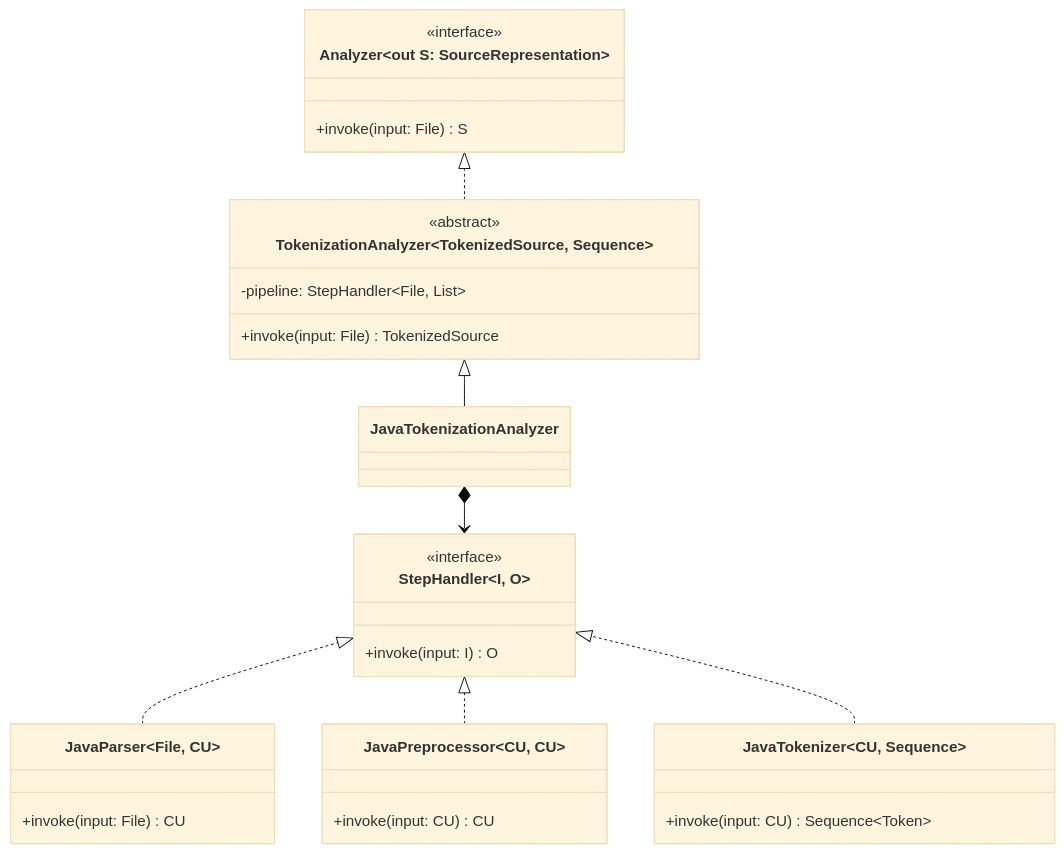
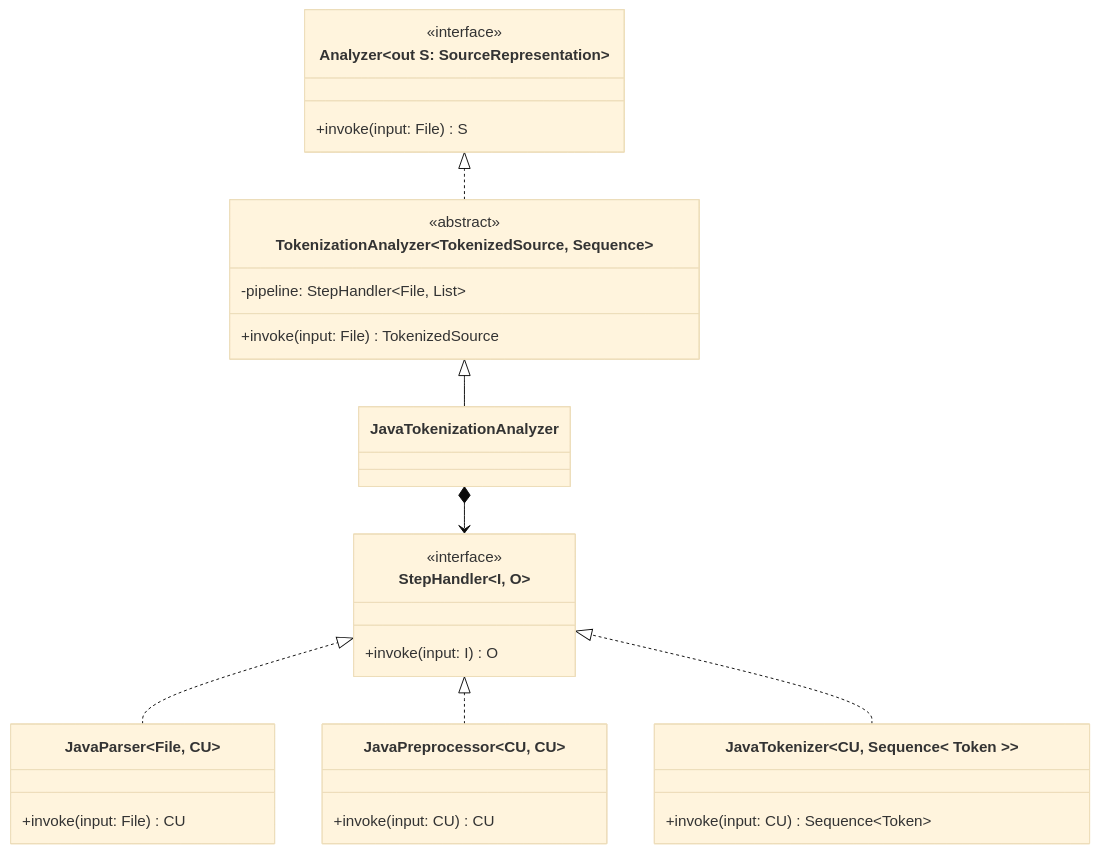
Before and after one commit to tassiLuca/bachelor-thesis: the diagram in resources/schemas/02-analyzer.mmd, drawn with Mermaid (base theme). The commit also changed 4 other files, not shown here.

```diff
--- a/resources/schemas/02-analyzer.mmd
+++ b/resources/schemas/02-analyzer.mmd
@@ -1,36 +1,36 @@
 classDiagram
 direction BT
     class Analyzer~out S: SourceRepresentation<T>~ {
         <<interface>>
         +invoke(input: File) S
     }
 
     class TokenizationAnalyzer~TokenizedSource, Sequence<Token>~ {
         <<abstract>>
         -pipeline: StepHandler~File, List<Token>~
         +invoke(input: File) TokenizedSource
     }
     TokenizationAnalyzer ..|> Analyzer
 
     class StepHandler~I, O~ {
         <<interface>>
         +invoke(input: I) O
     }
 
     class JavaParser~File, CU~ {
         +invoke(input: File) CU
     }
     JavaParser ..|> StepHandler
 
     class JavaPreprocessor~CU, CU~ {
         +invoke(input: CU) CU
     }
     JavaPreprocessor ..|> StepHandler
 
-    class JavaTokenizer~CU, Sequence<Token>~ {
+    class JavaTokenizer~CU, Sequence< Token >~ {
         +invoke(input: CU) Sequence~Token~
     }
     JavaTokenizer ..|> StepHandler
 
     JavaTokenizationAnalyzer --|> TokenizationAnalyzer
     StepHandler <--* JavaTokenizationAnalyzer
```
